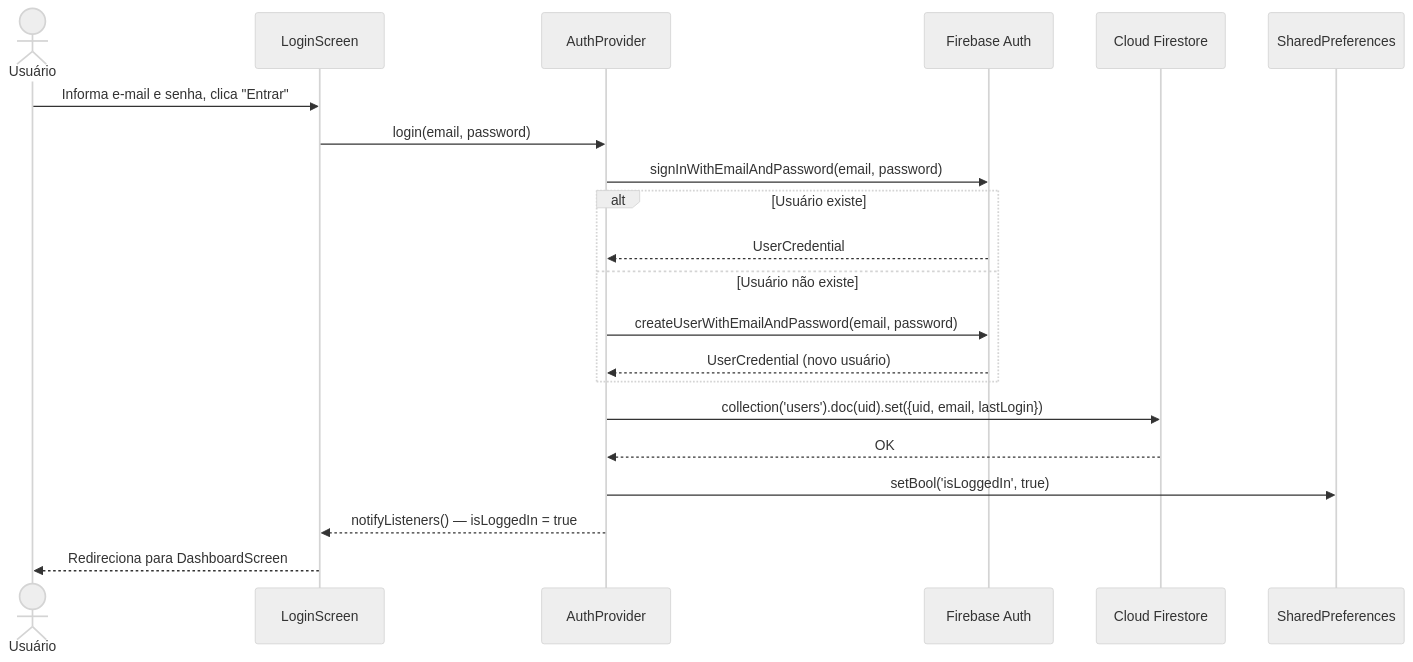
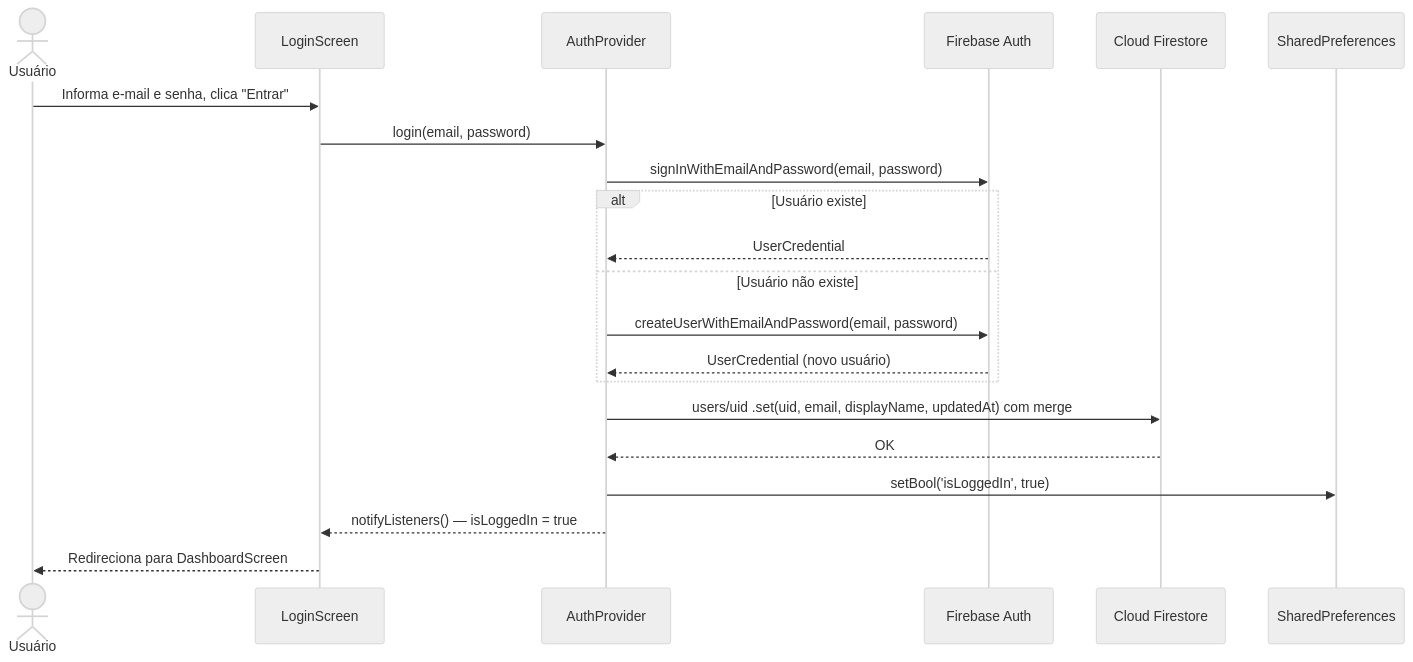
The fourth of 4 diagrams in docs/02-arquitetura.md (Leptospirose-Aguda/agendify), drawn with Mermaid (neutral theme) before and after one commit. The commit also changed other lines of this file and 2 other files, not shown here.

````diff
--- a/docs/02-arquitetura.md
+++ b/docs/02-arquitetura.md
@@ -94,27 +148,27 @@
 ```mermaid
 sequenceDiagram
     actor U as Usuário
     participant UI as LoginScreen
     participant AP as AuthProvider
     participant FA as Firebase Auth
     participant FS as Cloud Firestore
     participant SP as SharedPreferences
 
     U->>UI: Informa e-mail e senha, clica "Entrar"
     UI->>AP: login(email, password)
     AP->>FA: signInWithEmailAndPassword(email, password)
 
     alt Usuário existe
         FA-->>AP: UserCredential
     else Usuário não existe
         AP->>FA: createUserWithEmailAndPassword(email, password)
         FA-->>AP: UserCredential (novo usuário)
     end
 
-    AP->>FS: collection('users').doc(uid).set({uid, email, lastLogin})
+    AP->>FS: users/uid .set(uid, email, displayName, updatedAt) com merge
     FS-->>AP: OK
 
     AP->>SP: setBool('isLoggedIn', true)
     AP-->>UI: notifyListeners() — isLoggedIn = true
     UI-->>U: Redireciona para DashboardScreen
 ```
````
